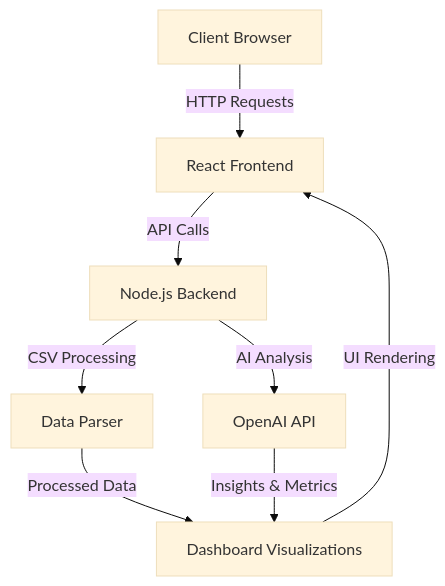
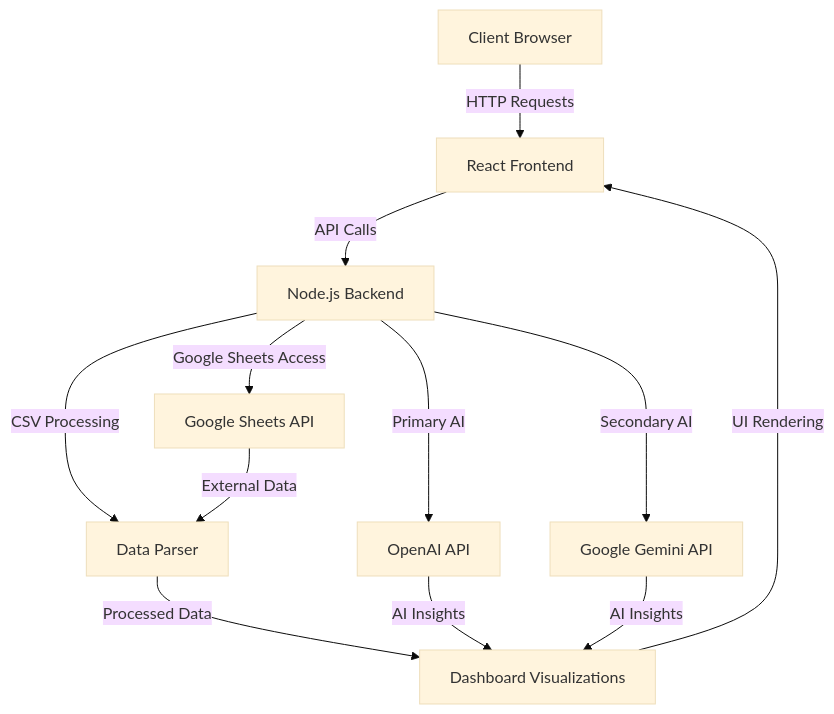
Before and after one commit to SquizAI/EHR_MC_Dashboard: the diagram in README.md, drawn with Mermaid (base theme). The commit also changed other lines of this file, not shown here.

Commit message:
Update README with Gemini AI integration details

````diff
--- a/README.md
+++ b/README.md
@@ -83,10 +85,14 @@
 ```mermaid
 graph TD
     A[Client Browser] -->|HTTP Requests| B[React Frontend]
     B -->|API Calls| C[Node.js Backend]
     C -->|CSV Processing| D[Data Parser]
-    C -->|AI Analysis| E[OpenAI API]
+    C -->|Primary AI| E[OpenAI API]
+    C -->|Secondary AI| G[Google Gemini API]
+    C -->|Google Sheets Access| H[Google Sheets API]
     D -->|Processed Data| F[Dashboard Visualizations]
-    E -->|Insights & Metrics| F
+    E -->|AI Insights| F
+    G -->|AI Insights| F
+    H -->|External Data| D
     F -->|UI Rendering| B
 ```
````
